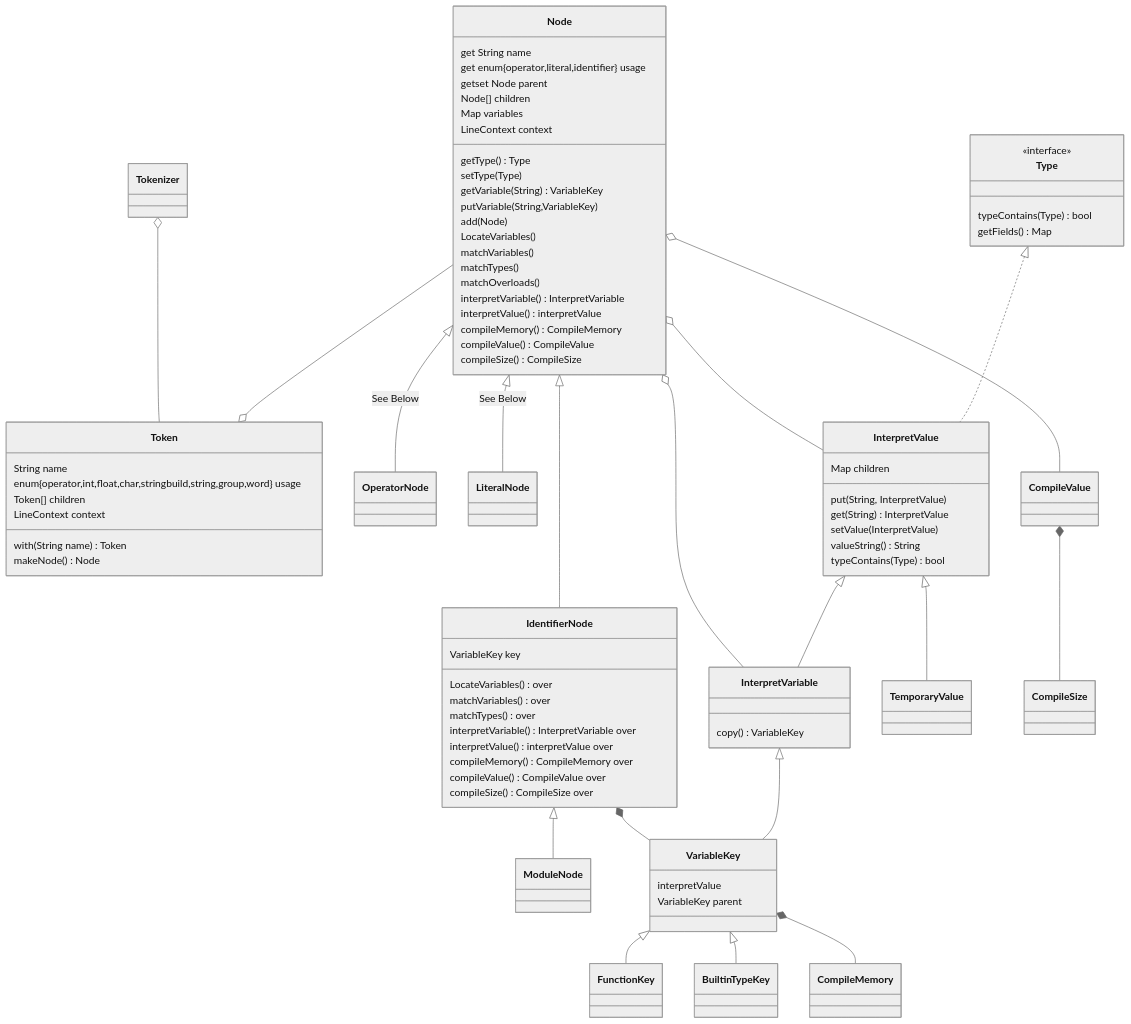
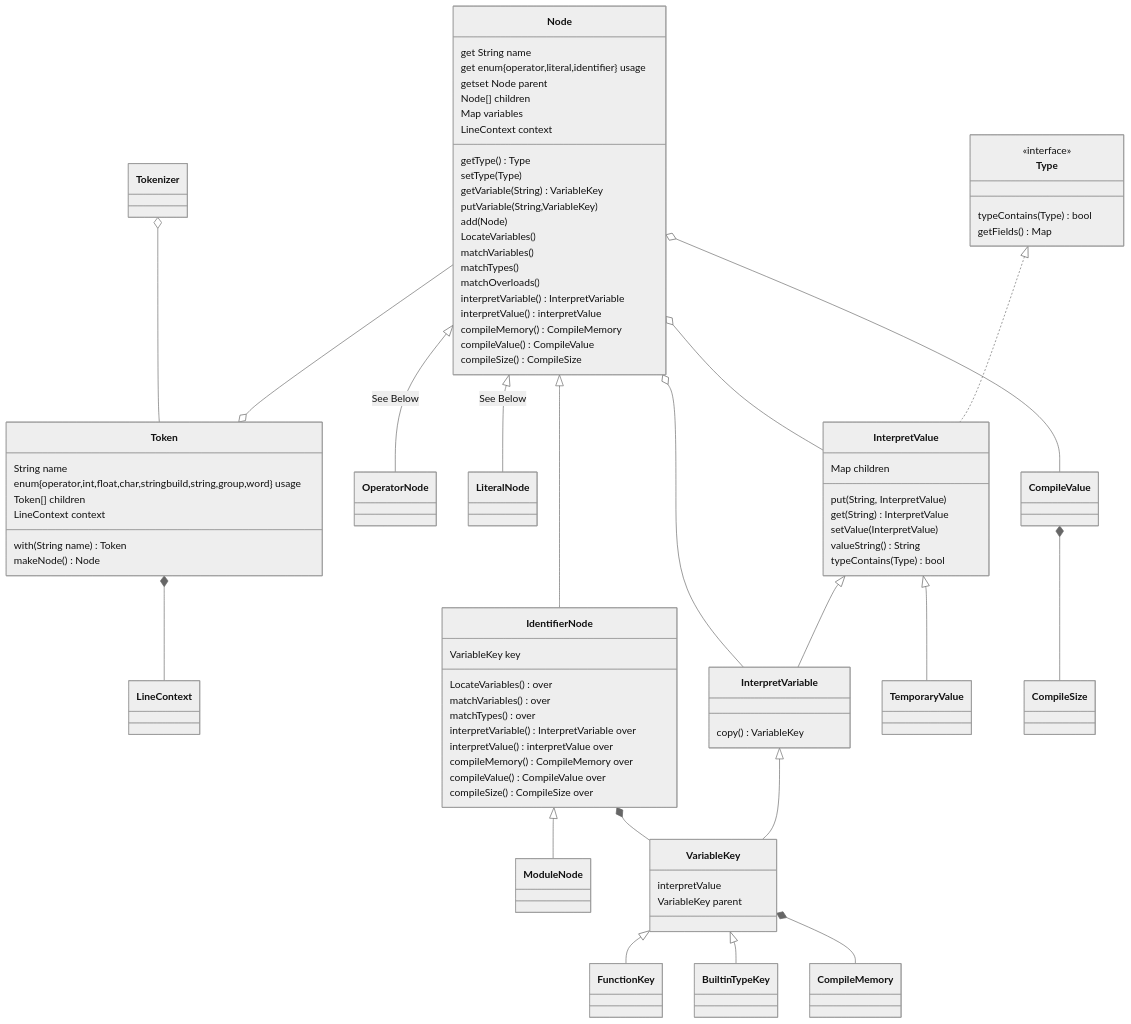
One commit to Jzhyang1/Monomer changed the second of 8 diagrams in Implementation.md. Above: the diagram before and after it, drawn with Mermaid (neutral theme). The commit also changed other lines of this file, not shown here.

````diff
--- a/Implementation.md
+++ b/Implementation.md
@@ -82,76 +84,77 @@
 ```mermaid
 classDiagram
 Tokenizer o-- Token
 Node --o Token
+Token *-- LineContext
 
 Node <|-- OperatorNode: See Below
 Node <|-- LiteralNode: See Below
 Node <|-- IdentifierNode
 Node o-- InterpretVariable
 Node o-- InterpretValue
 IdentifierNode <|-- ModuleNode
 IdentifierNode *-- VariableKey
 VariableKey <|-- FunctionKey
 VariableKey <|-- BuiltinTypeKey
 VariableKey *-- CompileMemory
 InterpretValue <|-- InterpretVariable
 InterpretValue <|-- TemporaryValue
 Type <|.. InterpretValue
 InterpretVariable <|-- VariableKey
 CompileValue *-- CompileSize
 Node o-- CompileValue
 
 Token: String name
 Token: enum{operator,int,float,char,stringbuild,string,group,word} usage
 Token: Token[] children
 Token: LineContext context
 Token: with(String name) Token
 Token: makeNode() Node
 
 Node: get String name
 Node: get enum{operator,literal,identifier} usage
 Node: getset Node parent
 Node: Node[] children
 Node: Map<String, VariableKey> variables
 Node: LineContext context
 Node: getType() Type
 Node: setType(Type)
 Node: getVariable(String) VariableKey
 Node: putVariable(String,VariableKey)
 Node: add(Node)
 Node: LocateVariables()
 Node: matchVariables()
 Node: matchTypes()
 Node: matchOverloads()
 Node: interpretVariable() InterpretVariable
 Node: interpretValue() interpretValue
 Node: compileMemory() CompileMemory
 Node: compileValue() CompileValue
 Node: compileSize() CompileSize
 
 IdentifierNode: VariableKey key
 IdentifierNode: LocateVariables() over
 IdentifierNode: matchVariables() over
 IdentifierNode: matchTypes() over
 IdentifierNode: interpretVariable() InterpretVariable over
 IdentifierNode: interpretValue() interpretValue over
 IdentifierNode: compileMemory() CompileMemory over
 IdentifierNode: compileValue() CompileValue over
 IdentifierNode: compileSize() CompileSize over
 
 InterpretValue: Map<String, InterpretValue> children
 InterpretValue: put(String, InterpretValue)
 InterpretValue: get(String) InterpretValue
 InterpretValue: setValue(InterpretValue)
 InterpretValue: valueString() String
 InterpretValue: typeContains(Type) bool
 
 InterpretVariable: copy() VariableKey
 
 VariableKey: interpretValue
 VariableKey: VariableKey parent
 
 <<interface>> Type
 Type: typeContains(Type) bool
 Type: getFields() Map<String,Type>
 ```
````
